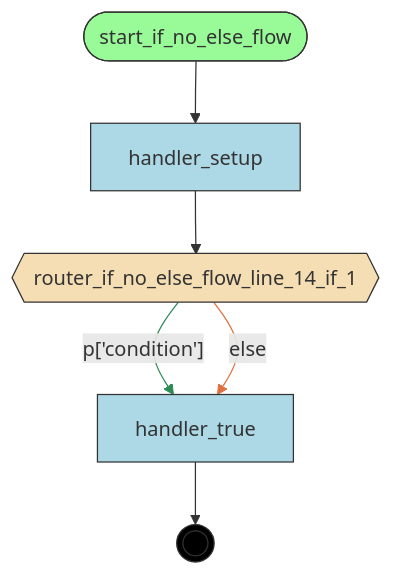
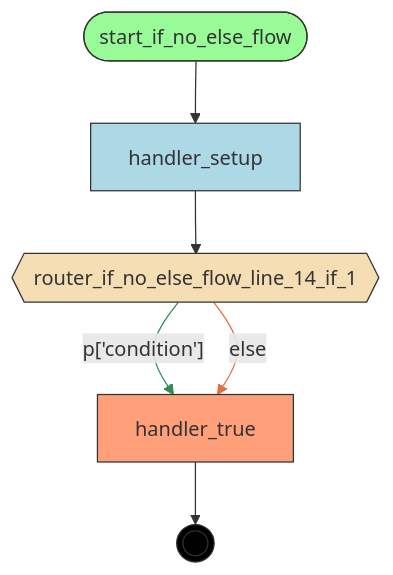
Before and after one commit to deliveryhero/asya: the diagram in examples/flows/compiled/if_no_else/flow.mmd, drawn with Mermaid. The commit also changed 364 other files, not shown here.

First line of the commit message:
feat(compiler): Phase 2 — 5-step pipeline with manifest generation and FlowInfo (#339)

```diff
--- a/examples/flows/compiled/if_no_else/flow.mmd
+++ b/examples/flows/compiled/if_no_else/flow.mmd
@@ -1,25 +1,27 @@
 flowchart TD
     %% Flow: if_no_else_flow
 
     handler_setup[handler_setup]
     handler_true[handler_true]
     router_if_no_else_flow_line_14_if_1{{router_if_no_else_flow_line_14_if_1}}
     start_if_no_else_flow([start_if_no_else_flow])
     __end__((( )))
 
     start_if_no_else_flow --> handler_setup
     handler_setup --> router_if_no_else_flow_line_14_if_1
     router_if_no_else_flow_line_14_if_1 -->|"p['condition']"| handler_true
     router_if_no_else_flow_line_14_if_1 -->|"else"| handler_true
     handler_true --> __end__
 
-    classDef entrypoint fill:#98FB98,stroke:#333
+    classDef start fill:#98FB98,stroke:#333
+    classDef endnode fill:#FFA07A,stroke:#333
     classDef router fill:#F5DEB3,stroke:#333
     classDef handler fill:#ADD8E6,stroke:#333
     classDef endpoint fill:#000,stroke:#333,color:#fff
-    class start_if_no_else_flow entrypoint
+    class start_if_no_else_flow start
+    class handler_true endnode
     class router_if_no_else_flow_line_14_if_1 router
-    class handler_setup,handler_true handler
+    class handler_setup handler
     class __end__ endpoint
     linkStyle 2 stroke:#2E8B57
     linkStyle 3 stroke:#E07040
```
